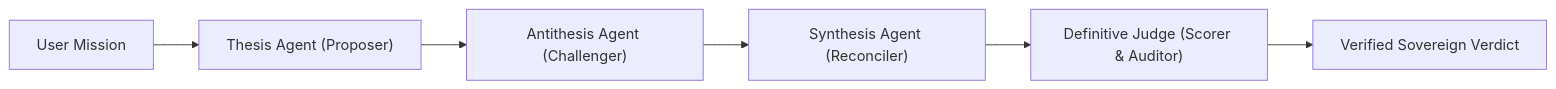
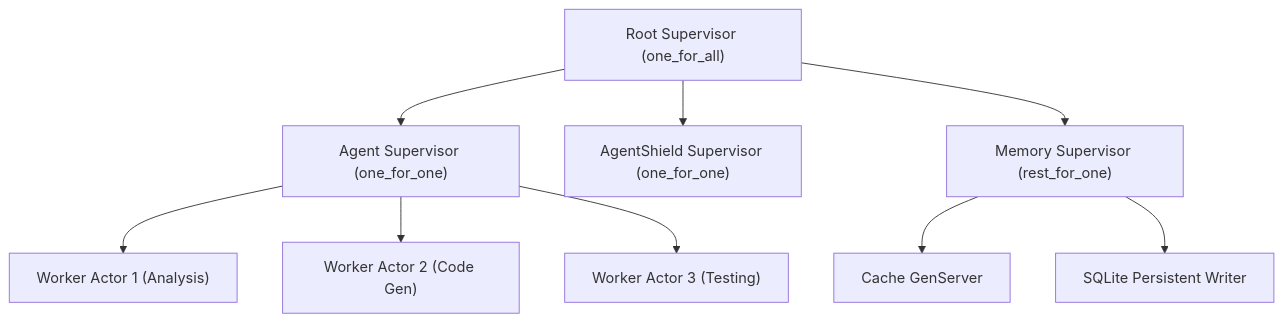
One commit to CharleGutierrez/tagisan changed the third of 5 diagrams in docs/TGS_MASTERCLASS_COURSE.md. Above: the diagram before and after it, drawn with Mermaid. The commit also changed other lines of this file and 4 other files, not shown here.

Commit message:
docs: rewrite TGS Master Class Course with all ecosystem features, 150 scenarios, diagrams, and 32-page publication PDF

````diff
--- a/docs/TGS_MASTERCLASS_COURSE.md
+++ b/docs/TGS_MASTERCLASS_COURSE.md
@@ -172,8 +127,13 @@
 ```mermaid
-flowchart LR
-    Prompt["User Mission"] --> Thesis["Thesis Agent (Proposer)"]
-    Thesis --> Antithesis["Antithesis Agent (Challenger)"]
-    Antithesis --> Synthesis["Synthesis Agent (Reconciler)"]
-    Synthesis --> Judge["Definitive Judge (Scorer & Auditor)"]
-    Judge --> Verdict["Verified Sovereign Verdict"]
+graph TD
+    RootSup["Root Supervisor (one_for_all)"] --> AgentSup["Agent Supervisor (one_for_one)"]
+    RootSup --> SecuritySup["AgentShield Supervisor (one_for_one)"]
+    RootSup --> StorageSup["Memory Supervisor (rest_for_one)"]
+    
+    AgentSup --> Worker1["Worker Actor 1 (Analysis)"]
+    AgentSup --> Worker2["Worker Actor 2 (Code Gen)"]
+    AgentSup --> Worker3["Worker Actor 3 (Testing)"]
+    
+    StorageSup --> CacheActor["Cache GenServer"]
+    StorageSup --> SQLiteActor["SQLite Persistent Writer"]
 ```
````
